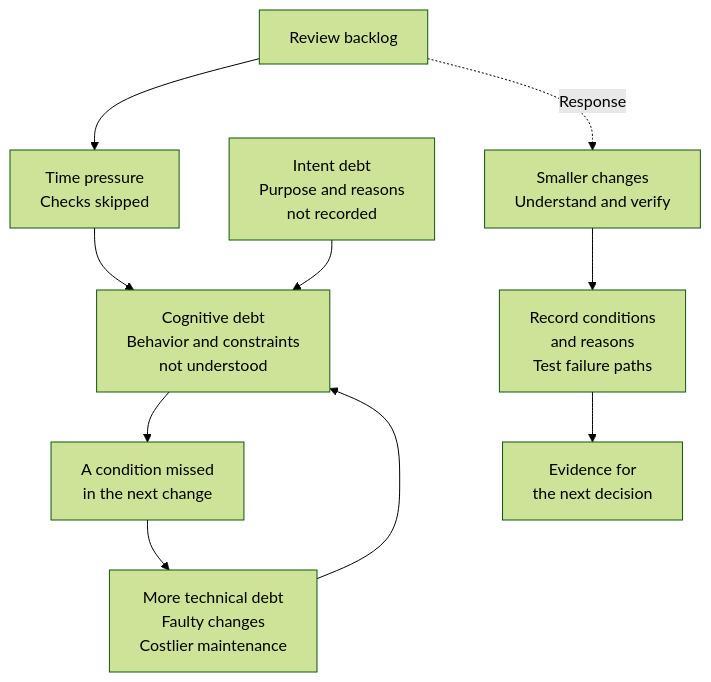
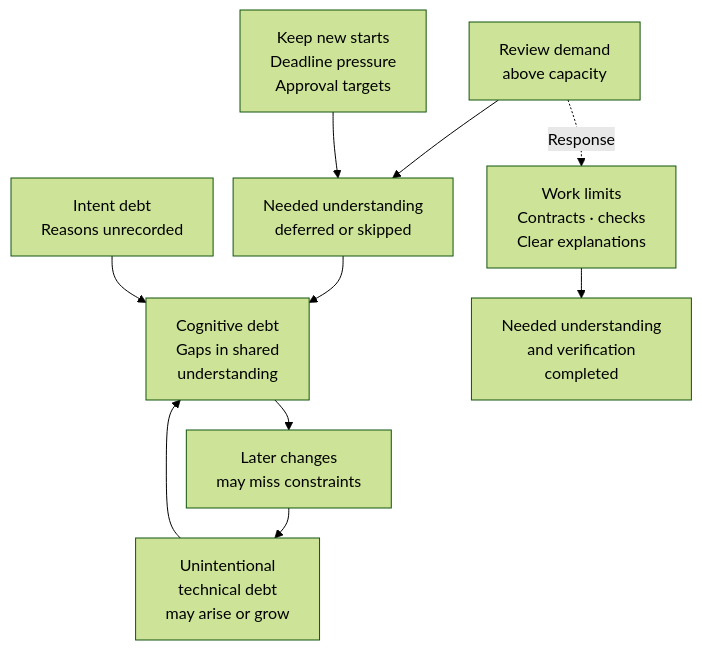
Before and after one commit to haandol/haandol.github.com: the first of 4 diagrams in _en/2026-08-18-ai-coding-review-cognitive-load.md, drawn with Mermaid (forest theme). The commit also changed other lines of this file and 3 other files, not shown here.

Commit message:
docs: clarify cognitive overload and deferred understanding

````diff
--- a/_en/2026-08-18-ai-coding-review-cognitive-load.md
+++ b/_en/2026-08-18-ai-coding-review-cognitive-load.md
@@ -158,12 +176,13 @@
 ```mermaid
+%%{init: {"flowchart": {"nodeSpacing": 20, "rankSpacing": 30}}}%%
 flowchart TD
-    A["Review backlog"] --> B["Time pressure<br/>Checks skipped"]
-    B --> C["Cognitive debt<br/>Behavior and constraints<br/>not understood"]
-    D["Intent debt<br/>Purpose and reasons<br/>not recorded"] --> C
-    C --> E["A condition missed<br/>in the next change"]
-    E --> F["More technical debt<br/>Faulty changes<br/>Costlier maintenance"]
+    A["Review demand<br/>above capacity"] --> B["Needed understanding<br/>deferred or skipped"]
+    P["Keep new starts<br/>Deadline pressure<br/>Approval targets"] --> B
+    B --> C["Cognitive debt<br/>Gaps in shared<br/>understanding"]
+    D["Intent debt<br/>Reasons unrecorded"] --> C
+    C --> E["Later changes<br/>may miss constraints"]
+    E --> F["Unintentional<br/>technical debt<br/>may arise or grow"]
     F --> C
-    A -. "Response" .-> G["Smaller changes<br/>Understand and verify"]
-    G --> H["Record conditions<br/>and reasons<br/>Test failure paths"]
-    H --> I["Evidence for<br/>the next decision"]
+    A -. "Response" .-> G["Work limits<br/>Contracts · checks<br/>Clear explanations"]
+    G --> H["Needed understanding<br/>and verification<br/>completed"]
 ```
````
